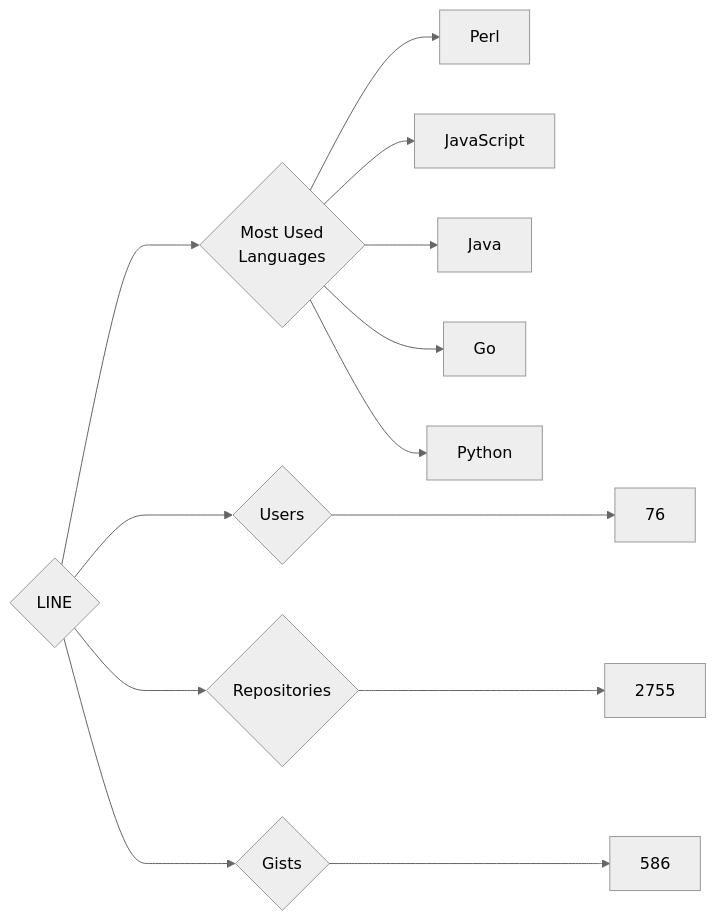
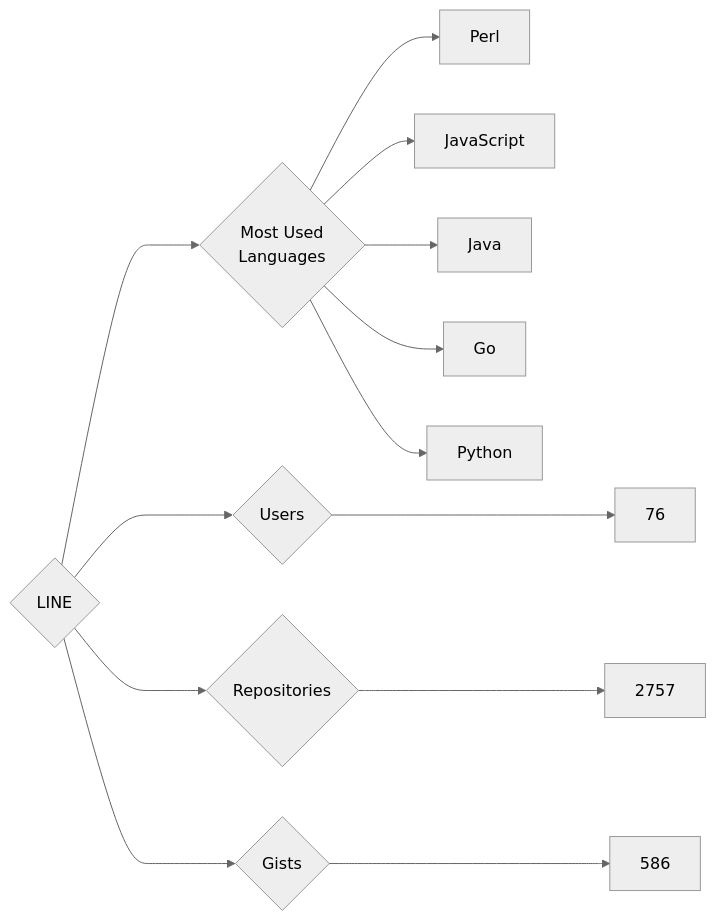
Before and after one commit to trickest/insiders: the diagram in targets/LINE/README.md, drawn with Mermaid (neutral theme). The commit also changed 912 other files, not shown here.

````diff
--- a/targets/LINE/README.md
+++ b/targets/LINE/README.md
@@ -3,13 +3,13 @@
 ```mermaid
 graph LR
 COMPANY_NAME{LINE}
 COMPANY_NAME ---> U{Users} ---> UN[76]
-COMPANY_NAME ---> R{Repositories} ---> RN[2755]
+COMPANY_NAME ---> R{Repositories} ---> RN[2757]
 COMPANY_NAME ---> G{Gists} ---> GN[586]
 COMPANY_NAME ---> ML{Most Used<br>Languages}
 ML --> Perl[Perl]
 ML --> JavaScript[JavaScript]
 ML --> Java[Java]
 ML --> Go[Go]
 ML --> Python[Python]
 ```
````
